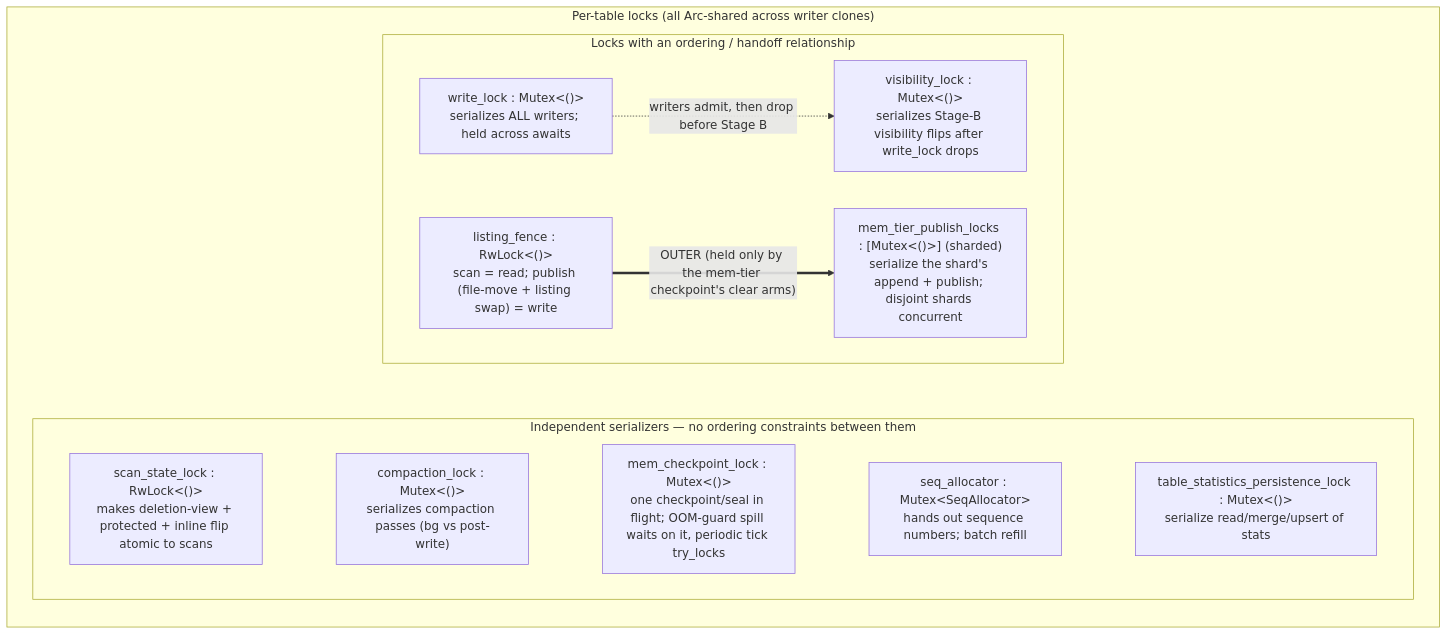
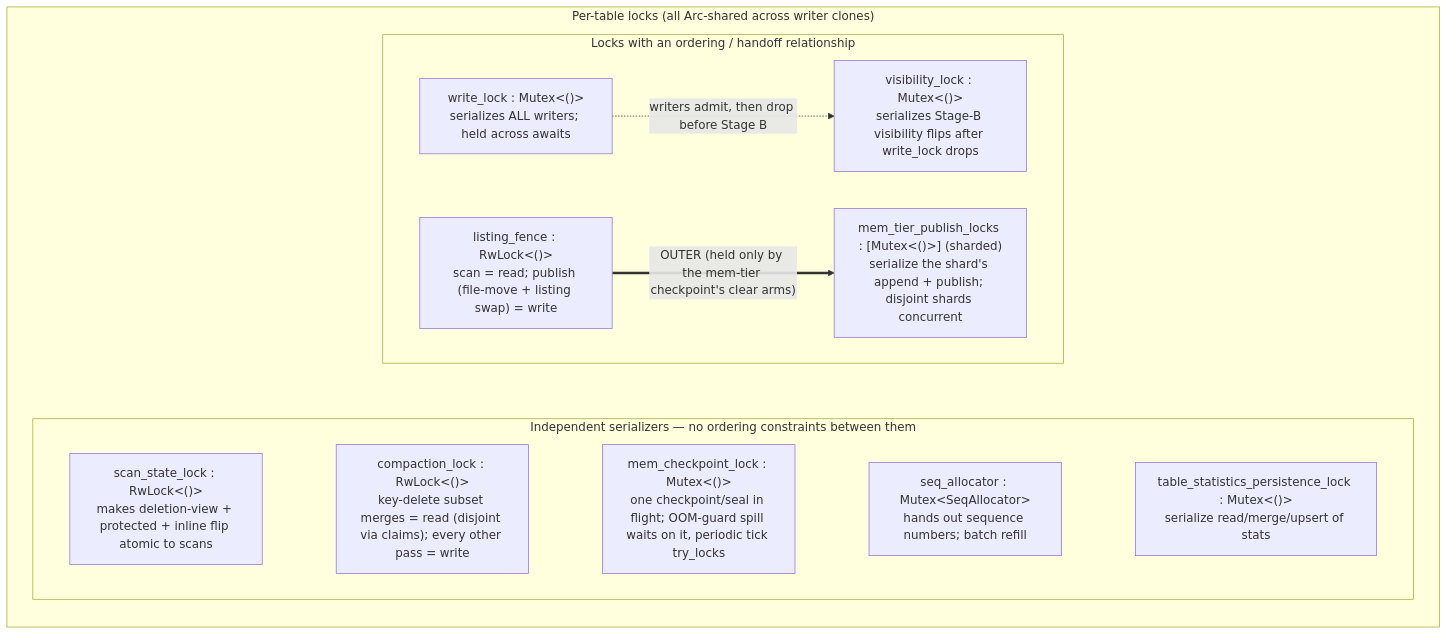
The seventh of 22 diagrams in docs/cayenne/cayenne.md (spiceai/spiceai), drawn with Mermaid before and after one commit. The commit also changed other lines of this file and 5 other files, not shown here.

````diff
--- a/docs/cayenne/cayenne.md
+++ b/docs/cayenne/cayenne.md
@@ -483,21 +483,21 @@
 ```mermaid
 flowchart TB
     subgraph PERTABLE["Per-table locks (all Arc-shared across writer clones)"]
         direction TB
         subgraph ORD["Locks with an ordering / handoff relationship"]
             direction LR
             WL["write_lock : Mutex&lt;()&gt;<br/>serializes ALL writers; held across awaits"] -.->|"writers admit, then drop before Stage B"| VL["visibility_lock : Mutex&lt;()&gt;<br/>serializes Stage-B visibility flips after write_lock drops"]
             LF["listing_fence : RwLock&lt;()&gt;<br/>scan = read; publish (file-move + listing swap) = write"] ==>|"OUTER (held only by the mem-tier checkpoint's clear arms)"| MPL["mem_tier_publish_locks : [Mutex&lt;()&gt;] (sharded)<br/>serialize the shard's append + publish; disjoint shards concurrent"]
         end
         subgraph IND["Independent serializers — no ordering constraints between them"]
             direction LR
             SS["scan_state_lock : RwLock&lt;()&gt;<br/>makes deletion-view + protected + inline flip atomic to scans"]
-            CL["compaction_lock : Mutex&lt;()&gt;<br/>serializes compaction passes (bg vs post-write)"]
+            CL["compaction_lock : RwLock&lt;()&gt;<br/>key-delete subset merges = read (disjoint via claims); every other pass = write"]
             MCL["mem_checkpoint_lock : Mutex&lt;()&gt;<br/>one checkpoint/seal in flight; OOM-guard spill waits on it, periodic tick try_locks"]
             SEQ["seq_allocator : Mutex&lt;SeqAllocator&gt;<br/>hands out sequence numbers; batch refill"]
             TSP["table_statistics_persistence_lock : Mutex&lt;()&gt;<br/>serialize read/merge/upsert of stats"]
             SS ~~~ CL ~~~ MCL ~~~ SEQ ~~~ TSP
         end
     end
     ORD ~~~ IND
 ```
````
